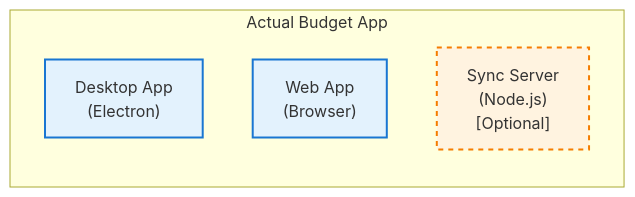
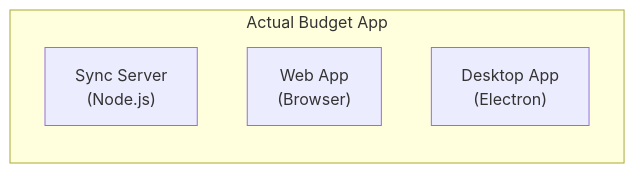
One commit to actualbudget/docs changed the first of 9 diagrams in docs/contributing/project-details/architecture-diagram.md. Above: the diagram before and after it, drawn with Mermaid. The commit also changed other lines of this file and 1 other file, not shown here.

````diff
--- a/docs/contributing/project-details/architecture-diagram.md
+++ b/docs/contributing/project-details/architecture-diagram.md
@@ -25,14 +25,15 @@
 ```mermaid
 graph LR
     subgraph "Actual Budget App"
-        Desktop["Desktop App<br/>(Electron)"]
-        Web["Web App<br/>(Browser)"]
-        SyncServer["Sync Server<br/>(Node.js)<br/>[Optional]"]
+        SyncServer["Sync Server
+        (Node.js)"]
+        Web["Web App
+        (Browser)"]
+        Desktop["Desktop App
+        (Electron)"]
     end
 
     classDef app fill:#e3f2fd,stroke:#1976d2,stroke-width:2px
-    classDef optional fill:#fff3e0,stroke:#f57c00,stroke-width:2px,stroke-dasharray: 5 5
 
-    class Desktop,Web app
-    class SyncServer optional
+    class Desktop,Web app,SyncServer
 ```
````
